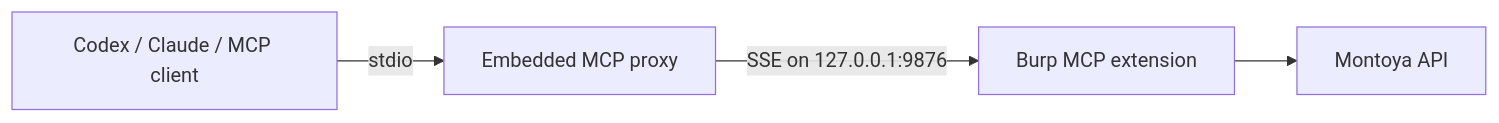
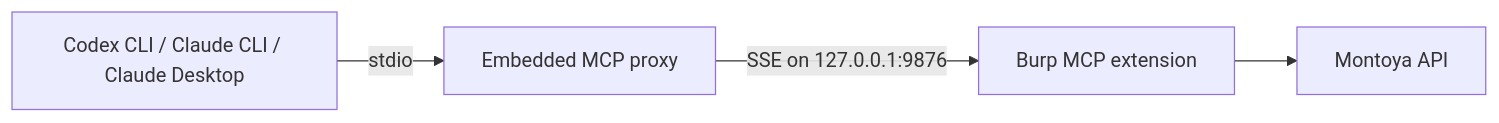
Before and after one commit to thezakman/smart-mcp-server: the diagram in README.md, drawn with Mermaid. The commit also changed other lines of this file and 7 other files, not shown here.

Commit message:
Polish responsive setup and add Claude CLI

````diff
--- a/README.md
+++ b/README.md
@@ -216,6 +236,6 @@
 ```mermaid
 flowchart LR
-    Client[Codex / Claude / MCP client] -->|stdio| Proxy[Embedded MCP proxy]
+    Client[Codex CLI / Claude CLI / Claude Desktop] -->|stdio| Proxy[Embedded MCP proxy]
     Proxy -->|SSE on 127.0.0.1:9876| Extension[Burp MCP extension]
     Extension --> Burp[Montoya API]
 ```
````
